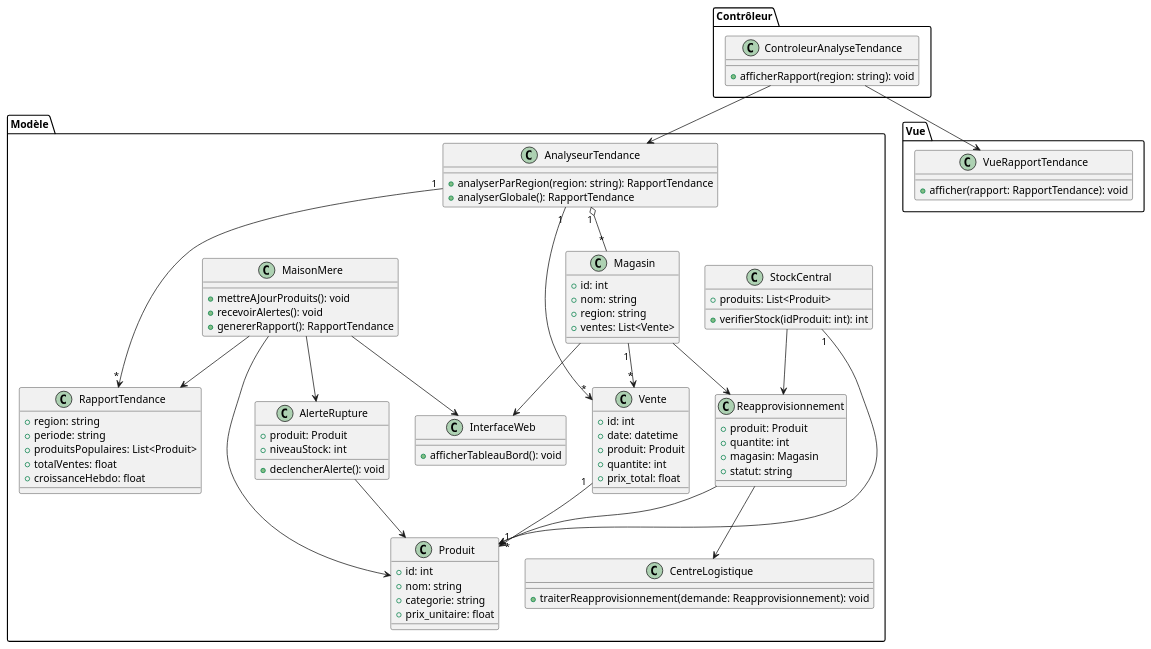
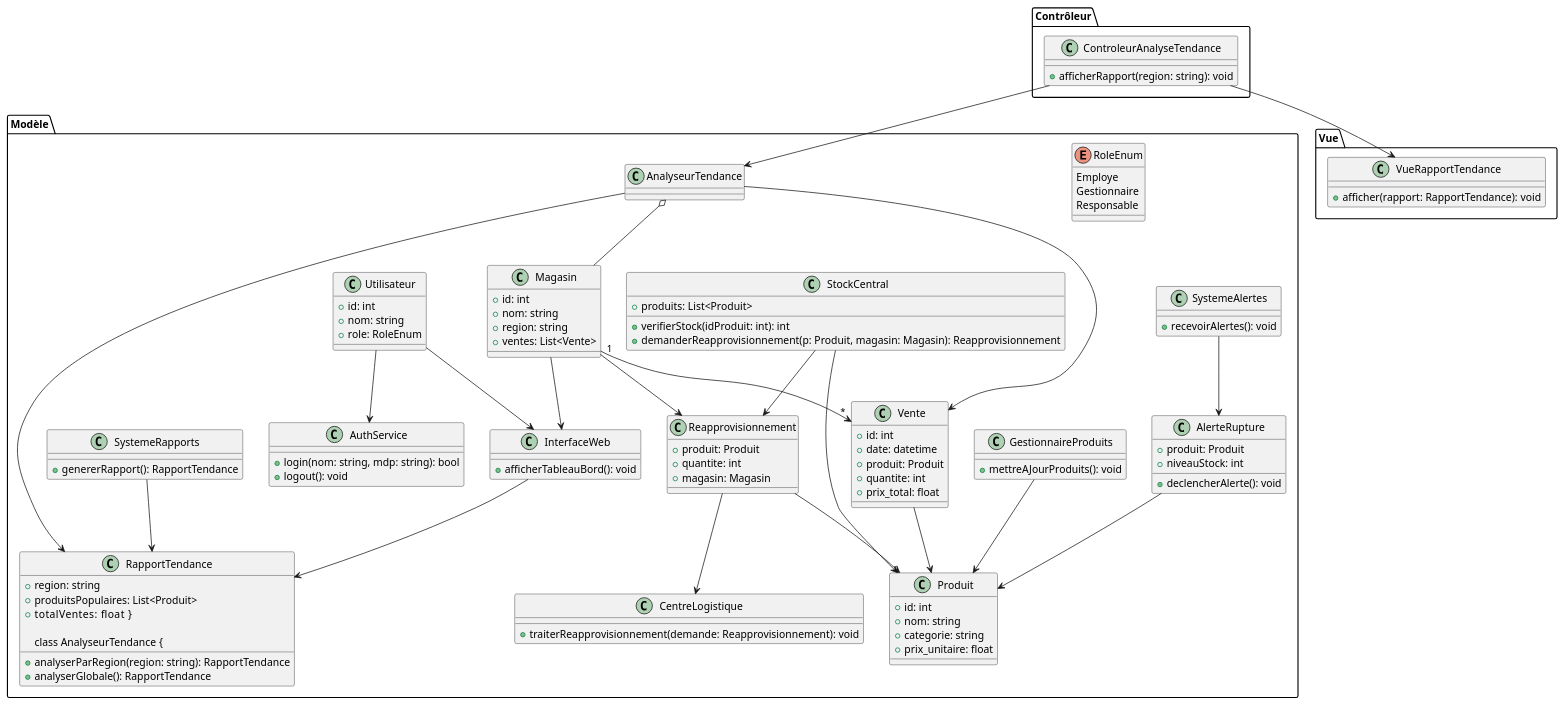
The diagram in docs/uml/code/diagramme-de-classe.puml (eusebe13/labo2_Log430), drawn with PlantUML before and after one commit. The commit also changed 8 other files, not shown here.

```diff
--- a/docs/uml/code/diagramme-de-classe.puml
+++ b/docs/uml/code/diagramme-de-classe.puml
@@ -1,109 +1,133 @@
 @startuml
 
 ' ======== Modèle ========
 package "Modèle" {
+
+    class Utilisateur {
+        +id: int
+        +nom: string
+        +role: RoleEnum
+    }
+
+    enum RoleEnum {
+        Employe
+        Gestionnaire
+        Responsable
+    }
+
+    class AuthService {
+        +login(nom: string, mdp: string): bool
+        +logout(): void
+    }
+
     class Magasin {
         +id: int
         +nom: string
         +region: string
         +ventes: List<Vente>
     }
 
     class Vente {
         +id: int
         +date: datetime
         +produit: Produit
         +quantite: int
         +prix_total: float
     }
 
     class Produit {
         +id: int
         +nom: string
         +categorie: string
         +prix_unitaire: float
     }
 
     class RapportTendance {
         +region: string
-        +periode: string
         +produitsPopulaires: List<Produit>
-        +totalVentes: float
-        +croissanceHebdo: float
-    }
+        +totalVentes: float    }
 
     class AnalyseurTendance {
         +analyserParRegion(region: string): RapportTendance
         +analyserGlobale(): RapportTendance
     }
 
     class StockCentral {
         +produits: List<Produit>
         +verifierStock(idProduit: int): int
+        +demanderReapprovisionnement(p: Produit, magasin: Magasin): Reapprovisionnement
     }
 
     class Reapprovisionnement {
         +produit: Produit
         +quantite: int
         +magasin: Magasin
-        +statut: string
     }
 
     class AlerteRupture {
         +produit: Produit
         +niveauStock: int
         +declencherAlerte(): void
     }
 
     class CentreLogistique {
         +traiterReapprovisionnement(demande: Reapprovisionnement): void
     }
 
-    class MaisonMere {
+    class GestionnaireProduits {
         +mettreAJourProduits(): void
+    }
+
+    class SystemeAlertes {
         +recevoirAlertes(): void
+    }
+
+    class SystemeRapports {
         +genererRapport(): RapportTendance
     }
 
     class InterfaceWeb {
         +afficherTableauBord(): void
     }
 
+    ' Associations
     Magasin "1" --> "*" Vente
-    Vente "1" --> "1" Produit
-    AnalyseurTendance "1" --> "*" Vente
-    AnalyseurTendance "1" o-- "*" Magasin
-    AnalyseurTendance "1" --> "*" RapportTendance
+    Vente --> Produit
+    AnalyseurTendance --> Vente
+    AnalyseurTendance o-- Magasin
+    AnalyseurTendance --> RapportTendance
 
     Magasin --> Reapprovisionnement
     Magasin --> InterfaceWeb
-    StockCentral "1" --> "*" Produit
+    StockCentral --> Produit
     StockCentral --> Reapprovisionnement
     Reapprovisionnement --> Produit
     Reapprovisionnement --> CentreLogistique
     AlerteRupture --> Produit
-    MaisonMere --> Produit
-    MaisonMere --> RapportTendance
-    MaisonMere --> AlerteRupture
-    MaisonMere --> InterfaceWeb
+    SystemeRapports --> RapportTendance
+    SystemeAlertes --> AlerteRupture
+    GestionnaireProduits --> Produit
+    InterfaceWeb --> RapportTendance
+    Utilisateur --> AuthService
+    Utilisateur --> InterfaceWeb
 }
 
 ' ======== Contrôleur ========
 package "Contrôleur" {
     class ControleurAnalyseTendance {
         +afficherRapport(region: string): void
     }
 
     ControleurAnalyseTendance --> AnalyseurTendance
 }
 
 ' ======== Vue ========
 package "Vue" {
     class VueRapportTendance {
         +afficher(rapport: RapportTendance): void
     }
 
     ControleurAnalyseTendance --> VueRapportTendance
 }
 
 @enduml
```
